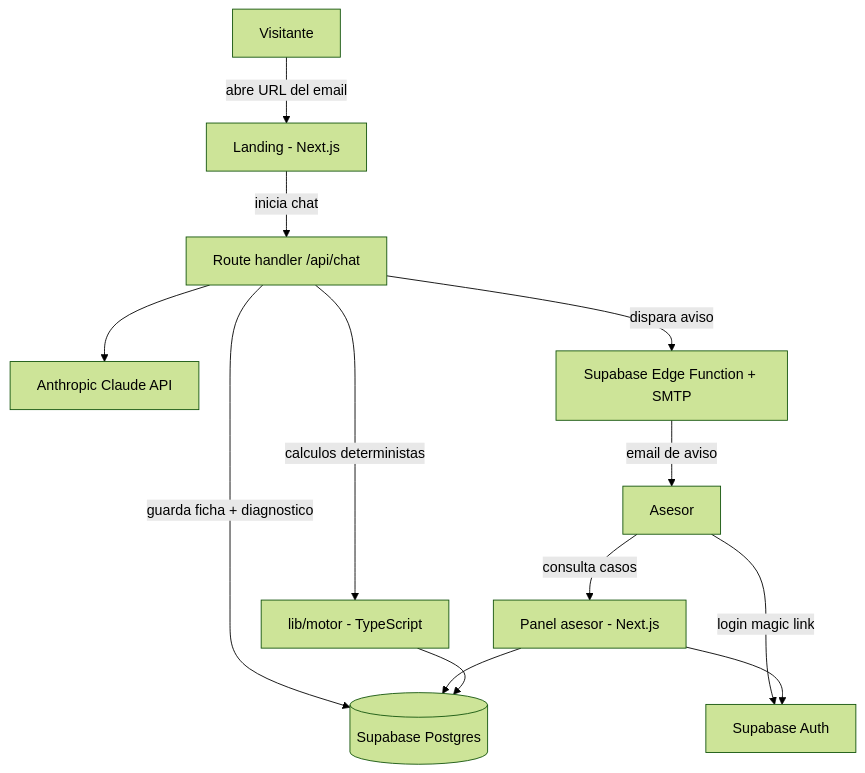
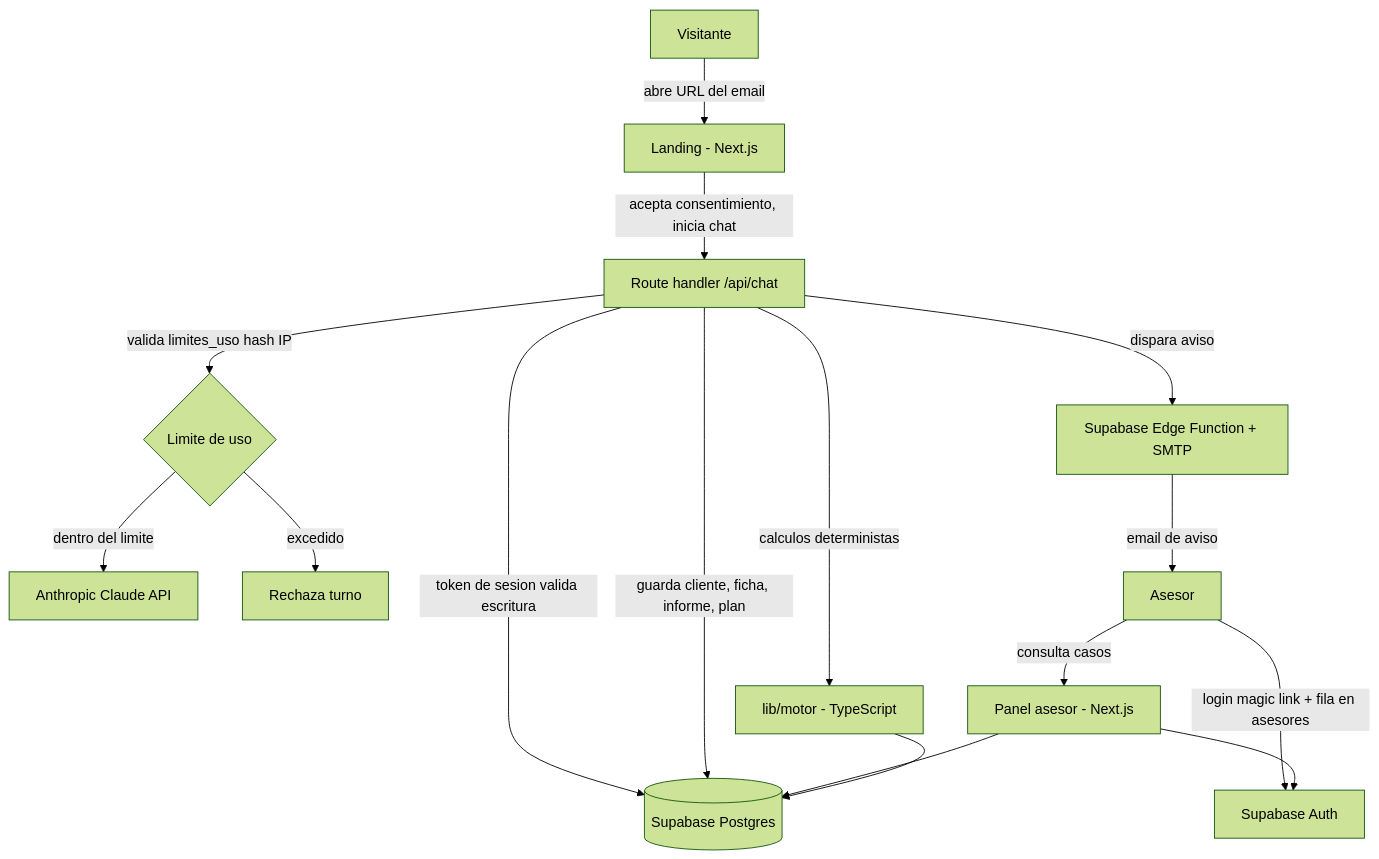
Before and after one commit to PuenteDigitalEu/financiero-clase: the diagram in docs/architecture.md, drawn with Mermaid (forest theme). The commit also changed other lines of this file and 6 other files, not shown here.

First line of the commit message:
Incorpora consentimiento RGPD, limite de uso y separacion informe/plan

````diff
--- a/docs/architecture.md
+++ b/docs/architecture.md
@@ -40,15 +40,18 @@
 ```mermaid
 graph TD
   Visitor[Visitante] -->|abre URL del email| Landing[Landing - Next.js]
-  Landing -->|inicia chat| ChatAPI[Route handler /api/chat]
-  ChatAPI --> Claude[Anthropic Claude API]
-  ChatAPI -->|guarda ficha + diagnostico| DB[(Supabase Postgres)]
+  Landing -->|acepta consentimiento, inicia chat| ChatAPI[Route handler /api/chat]
+  ChatAPI -->|valida limites_uso hash IP| RateLimit{Limite de uso}
+  RateLimit -->|dentro del limite| Claude[Anthropic Claude API]
+  RateLimit -->|excedido| Rechazo[Rechaza turno]
+  ChatAPI -->|token de sesion valida escritura| DB[(Supabase Postgres)]
+  ChatAPI -->|guarda cliente, ficha, informe, plan| DB
   ChatAPI -->|dispara aviso| EmailFn[Supabase Edge Function + SMTP]
   EmailFn -->|email de aviso| Advisor[Asesor]
-  Advisor -->|login magic link| AuthSB[Supabase Auth]
+  Advisor -->|login magic link + fila en asesores| AuthSB[Supabase Auth]
   Advisor -->|consulta casos| Panel[Panel asesor - Next.js]
   Panel --> AuthSB
   Panel --> DB
   ChatAPI -->|calculos deterministas| Motor[lib/motor - TypeScript]
   Motor --> DB
 ```
````
